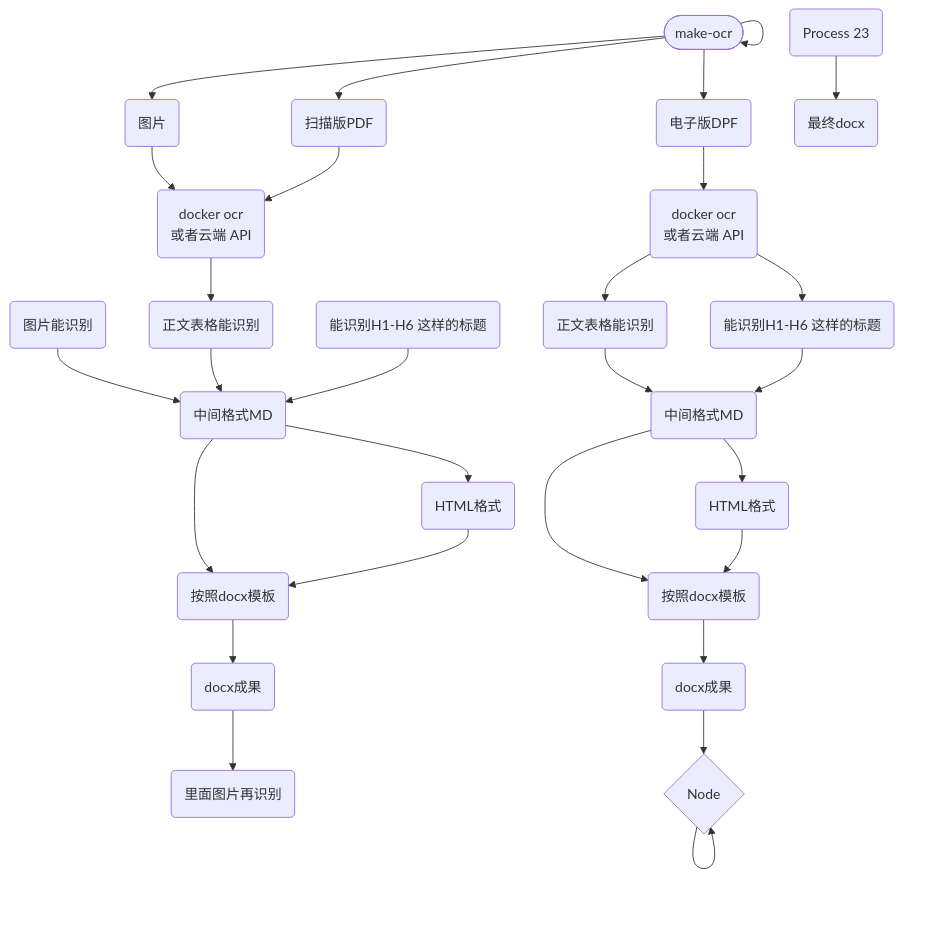
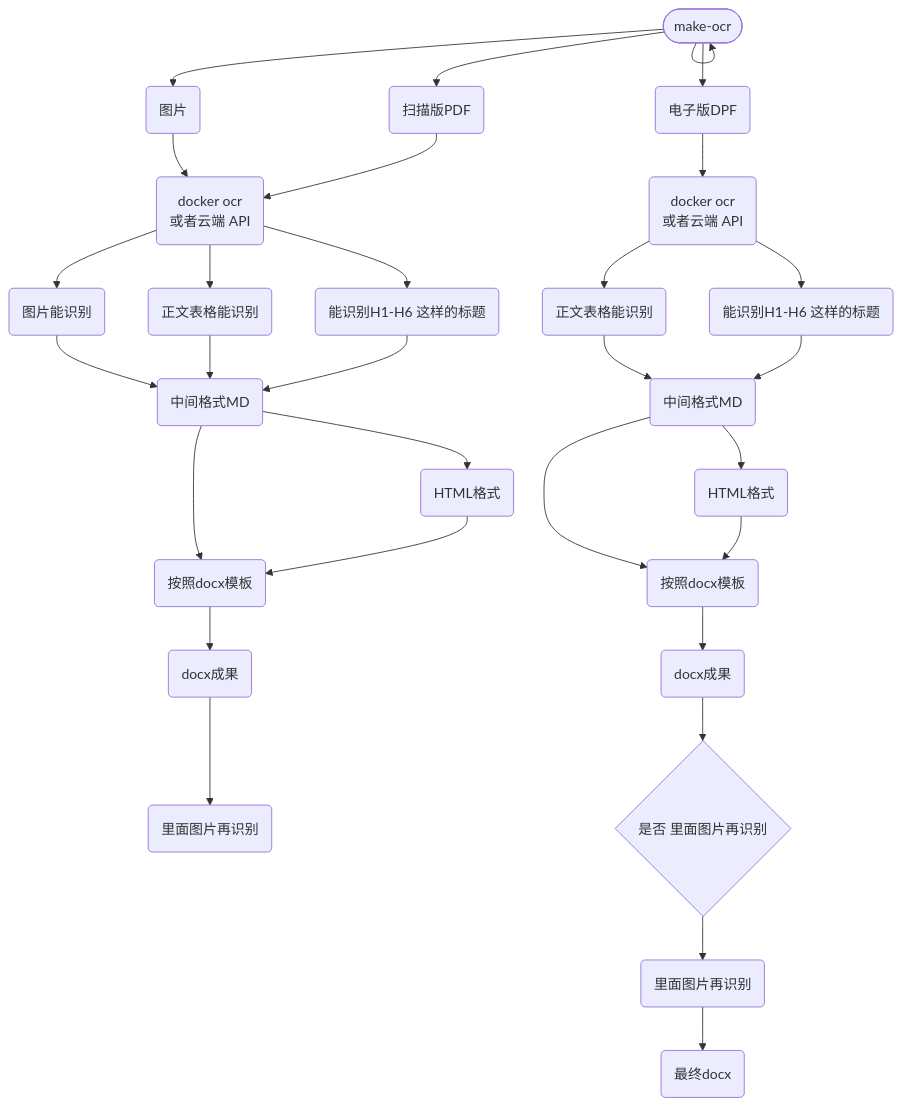
The diagram in notes/未命名_da3b1e9d-46b8-4fe8-a207-538027b2306b.md (fireflysss/mermaid-notes), drawn with Mermaid before and after one commit. The commit also changed 3 other files, not shown here.

Commit message:
Sync Mermaid Studio data (12 diagrams)

````diff
--- a/notes/未命名_da3b1e9d-46b8-4fe8-a207-538027b2306b.md
+++ b/notes/未命名_da3b1e9d-46b8-4fe8-a207-538027b2306b.md
@@ -3,55 +3,56 @@
 ```mermaid
 flowchart TD
   n_0(["make-ocr"])
   n_1("扫描版PDF")
   n_2("电子版DPF")
   n_3("docker ocr<br/>或者云端 API")
   n_4("图片")
   n_5("能识别H1-H6 这样的标题")
   n_6("正文表格能识别")
   n_7("图片能识别")
   n_8("按照docx模板")
   n_9("里面图片再识别")
   n_10("docx成果")
   n_11("中间格式MD")
   n_12("HTML格式")
   n_13("docker ocr<br/>或者云端 API")
   n_14("能识别H1-H6 这样的标题")
   n_15("正文表格能识别")
   n_16("按照docx模板")
   n_17("docx成果")
   n_18("中间格式MD")
   n_19("HTML格式")
-  n_20{"Node"}
-  n_21("最终docx")
-  n_22("Process 23")
+  n_20("最终docx")
+  n_21("里面图片再识别")
+  n_22{"是否 里面图片再识别"}
   n_0 --> n_0
   n_0 --> n_1
   n_0 --> n_2
   n_0 --> n_4
   n_11 --> n_8
   n_11 --> n_12
   n_12 --> n_8
   n_8 --> n_10
   n_10 --> n_9
   n_18 --> n_16
   n_18 --> n_19
   n_19 --> n_16
   n_16 --> n_17
   n_4 --> n_3
   n_1 --> n_3
   n_2 --> n_13
   n_13 --> n_14
   n_13 --> n_15
   n_15 --> n_18
   n_14 --> n_18
   n_7 --> n_11
   n_6 --> n_11
   n_5 --> n_11
   n_3 --> n_6
-  n_17 --> n_20
+  n_21 --> n_20
+  n_17 --> n_22
   n_22 --> n_21
-  n_20 --> n_20
-  n_20 --> n_20
+  n_3 --> n_5
+  n_3 --> n_7
 
 ```
````
